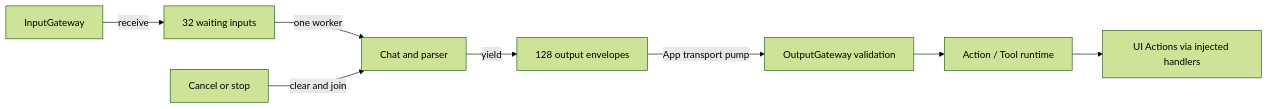
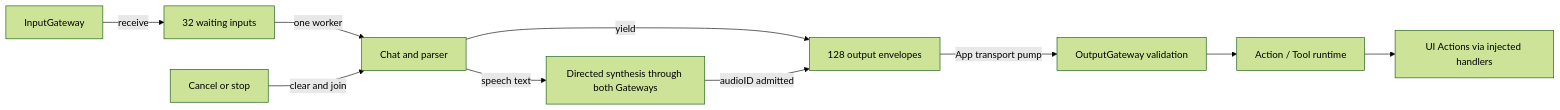
Before and after one commit to devilyouwei/MobileHarness: the second of 3 diagrams in MobileHarness/Agents/Assistant/README.md, drawn with Mermaid (forest theme). The commit also changed other lines of this file and 124 other files, not shown here.

````diff
--- a/MobileHarness/Agents/Assistant/README.md
+++ b/MobileHarness/Agents/Assistant/README.md
@@ -47,10 +50,12 @@
 ```mermaid
 flowchart LR
     InputGateway -->|receive| Inbox[32 waiting inputs]
     Inbox -->|one worker| Chat[Chat and parser]
     Chat -->|yield| Out[128 output envelopes]
+    Chat -->|speech text| Synth[Directed synthesis through both Gateways]
+    Synth -->|audioID admitted| Out
     Out -->|App transport pump| Gateway[OutputGateway validation]
     Gateway --> Runtime[Action / Tool runtime]
     Runtime --> UI[UI Actions via injected handlers]
     Cancel[Cancel or stop] -->|clear and join| Chat
 ```
````
